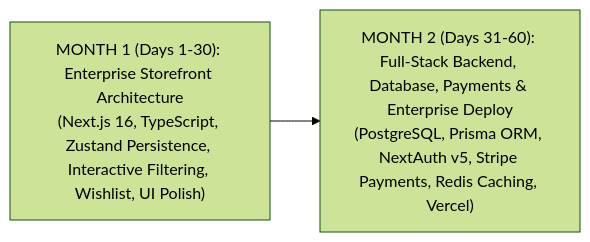
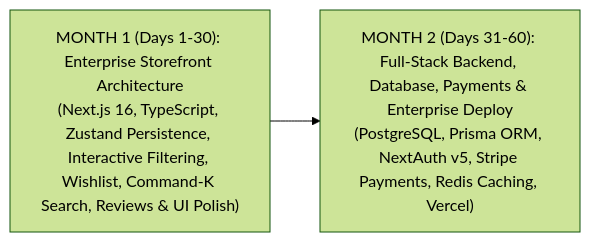
One commit to AdarshRG/nova-ecommerce changed the first of 2 diagrams in COURSE_NOTES.md. Above: the diagram before and after it, drawn with Mermaid (forest theme). The commit also changed other lines of this file and 8 other files, not shown here.

````diff
--- a/COURSE_NOTES.md
+++ b/COURSE_NOTES.md
@@ -11,4 +11,4 @@
 ```mermaid
 flowchart LR
-    A["MONTH 1 (Days 1-30): Enterprise Storefront Architecture<br/>(Next.js 16, TypeScript, Zustand Persistence, Interactive Filtering, Wishlist, UI Polish)"] --> B["MONTH 2 (Days 31-60): Full-Stack Backend, Database, Payments & Enterprise Deploy<br/>(PostgreSQL, Prisma ORM, NextAuth v5, Stripe Payments, Redis Caching, Vercel)"]
+    A["MONTH 1 (Days 1-30): Enterprise Storefront Architecture<br/>(Next.js 16, TypeScript, Zustand Persistence, Interactive Filtering, Wishlist, Command-K Search, Reviews & UI Polish)"] --> B["MONTH 2 (Days 31-60): Full-Stack Backend, Database, Payments & Enterprise Deploy<br/>(PostgreSQL, Prisma ORM, NextAuth v5, Stripe Payments, Redis Caching, Vercel)"]
 ```
````
